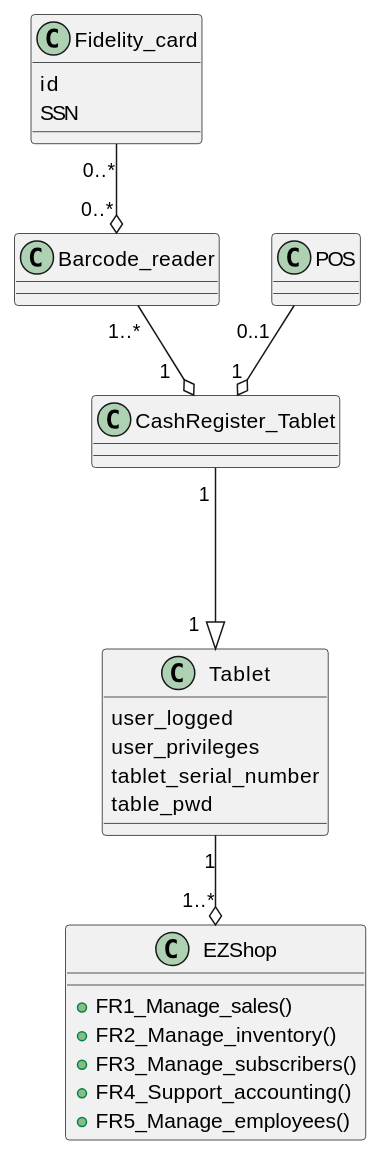
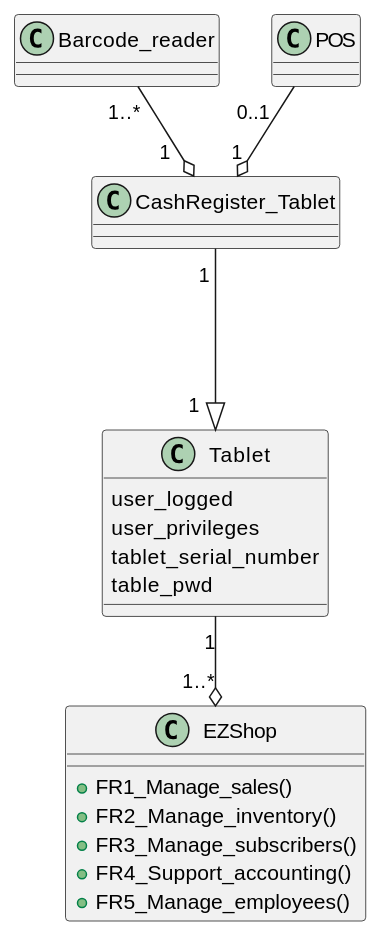
Before and after one commit to mkexc/ezshop: the fourth of 5 diagrams in Deliverables/RequirementsDocument.md, drawn with PlantUML. The commit also changed other lines of this file, not shown here.

````diff
--- a/Deliverables/RequirementsDocument.md
+++ b/Deliverables/RequirementsDocument.md
@@ -580,39 +600,33 @@
 ```plantuml
 
 @startuml
 top to bottom direction
 class EZShop{
     + FR1_Manage_sales()
     + FR2_Manage_inventory()
     + FR3_Manage_subscribers()
     + FR4_Support_accounting()
     + FR5_Manage_employees()
 }
 
 class Tablet {
     user_logged
     user_privileges
     tablet_serial_number
     table_pwd
 }
 
 class CashRegister_Tablet{}
 
 CashRegister_Tablet "1 " ---|> "1   " Tablet
 
 class Barcode_reader {}
 
 class POS {}
 
-class Fidelity_card {
-    id
-    SSN
-}
-
 Tablet "1"--o "1..*" EZShop
 Barcode_reader "1..*"--o "1   " CashRegister_Tablet
 POS "0..1   "--o "1" CashRegister_Tablet
-Fidelity_card "0..*" --o "0..*" Barcode_reader
 
 @enduml
 ```
````
